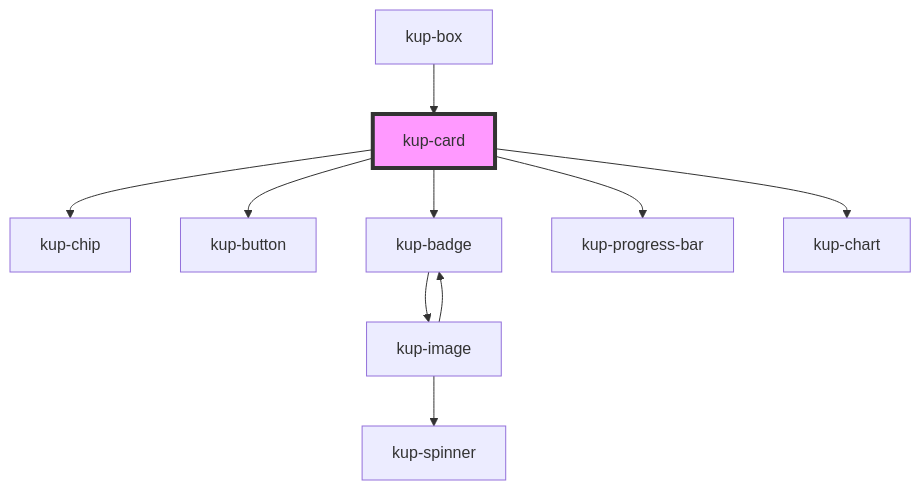
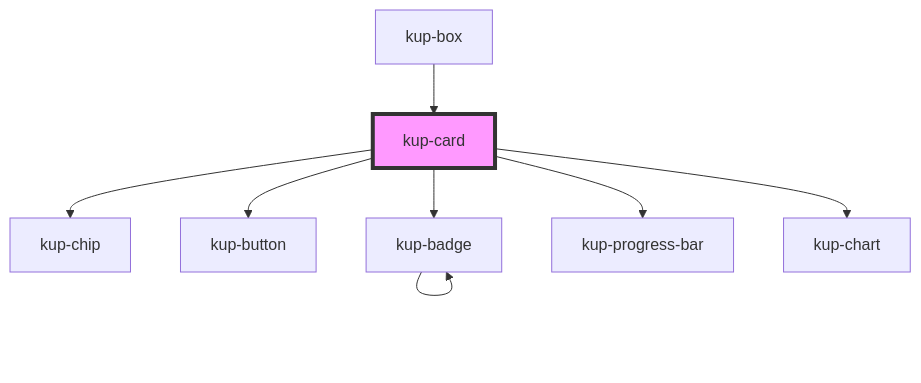
Before and after one commit to smeup/ketchup: the diagram in packages/ketchup/src/components/kup-card/readme.md, drawn with Mermaid. The commit also changed 11 other files, not shown here.

Commit message:
Removed kup-image from badge.

````diff
--- a/packages/ketchup/src/components/kup-card/readme.md
+++ b/packages/ketchup/src/components/kup-card/readme.md
@@ -56,13 +56,11 @@
 ```mermaid
 graph TD;
   kup-card --> kup-chip
   kup-card --> kup-button
   kup-card --> kup-badge
   kup-card --> kup-progress-bar
   kup-card --> kup-chart
-  kup-badge --> kup-image
-  kup-image --> kup-spinner
-  kup-image --> kup-badge
+  kup-badge --> kup-badge
   kup-box --> kup-card
   style kup-card fill:#f9f,stroke:#333,stroke-width:4px
 ```
````
